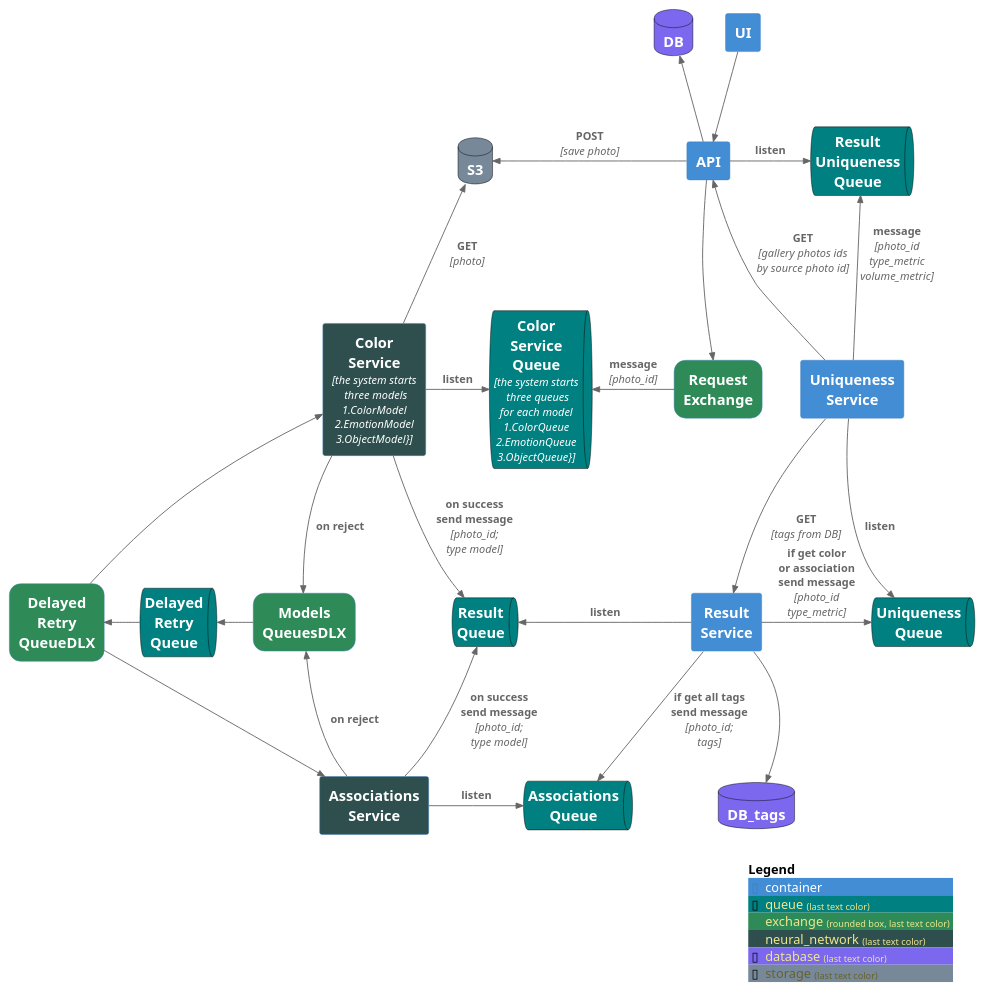
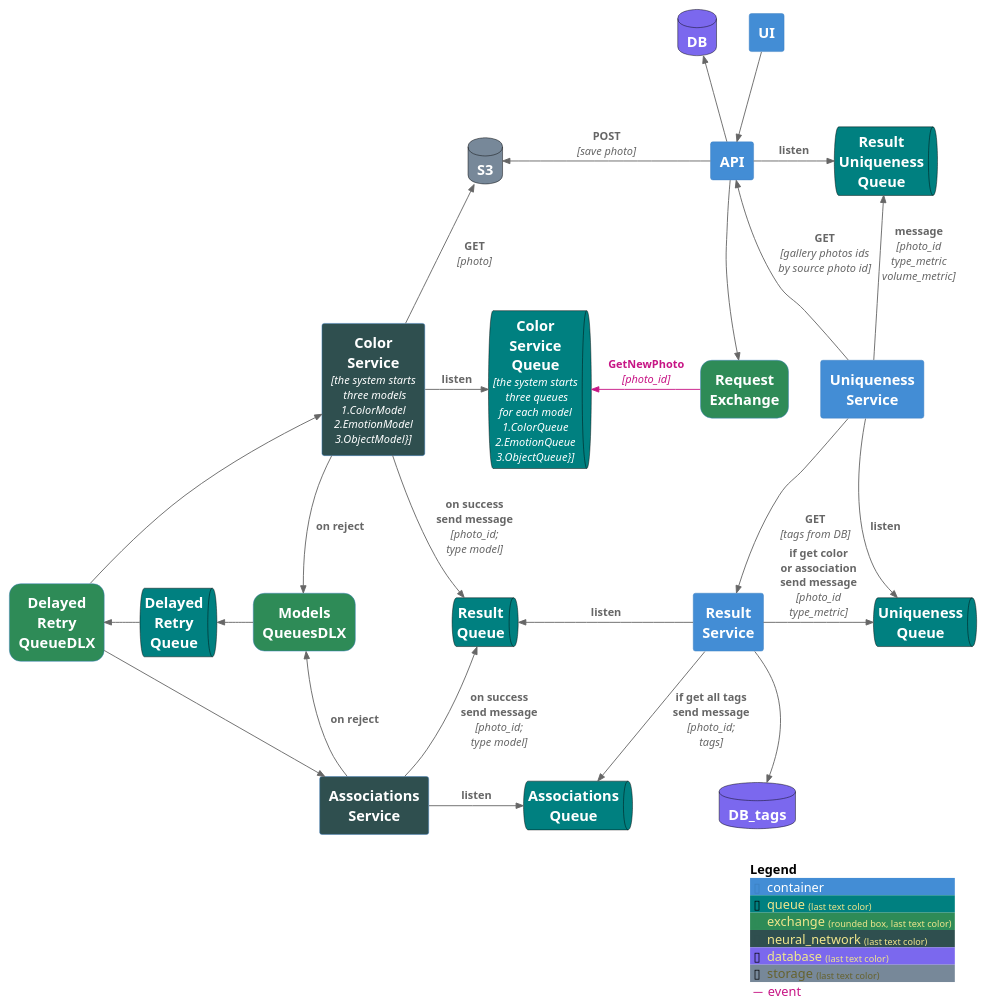
Before and after one commit to TourmalineCore/picachu-documentation: the diagram in system_components_diagram.puml, drawn with PlantUML. The commit also changed 1 other file, not shown here.

Commit message:
feat(doc): #85zrxapwf: add example event on diagram

```diff
--- a/system_components_diagram.puml
+++ b/system_components_diagram.puml
@@ -1,94 +1,95 @@
 @startuml C4_Elements
 !include https://raw.githubusercontent.com/plantuml-stdlib/C4-PlantUML/master/C4_Container.puml
 HIDE_STEREOTYPE()
 
 AddElementTag("queue", $bgColor="Teal",$borderColor="black")
 AddElementTag("exchange", $bgColor="SeaGreen",$shape=RoundedBoxShape())
 AddElementTag("neural_network", $bgColor="DarkSlateGray")
 AddElementTag("database", $bgColor="MediumSlateBlue",$borderColor="black")
 AddElementTag("storage", $bgColor="LightSlateGray",$borderColor="black")
+AddRelTag("event", $textColor="MediumVioletRed", $lineColor="MediumVioletRed")
 
 Container(UI, "UI", "", "")
 Container(API, "API", "", "")
 
 ContainerQueue(ColorServiceQueue, "Color\nService\nQueue", "the system starts\n three queues\nfor each model\n1.ColorQueue\n2.EmotionQueue\n3.ObjectQueue}", "",$tags = "queue")
 
 ContainerDb(S3, "S3", "", "",$tags="storage")
 ContainerDb(DB, "DB", "", "",$tags="database")
 ContainerDb(DB_tags, "DB_tags", "", "", $tags="database")
 ContainerQueue(DelayedRetryQueue, "Delayed\nRetry\nQueue", "", "",  $tags = "queue")
 Container(ColorService, "Color\nService", "the system starts\n three models\n1.ColorModel\n2.EmotionModel\n3.ObjectModel}", "",$tags="neural_network")
 
 Container(RequestExchange, "Request\nExchange", "", "", $tags ="exchange")
 
 Container(ModelsQueuesDLX, "Models\nQueuesDLX", "", "",$tags ="exchange")
 Container(DelayedRetryQueueDLX, "Delayed\nRetry\nQueueDLX", "", "",$tags ="exchange")
 
 Container(ResultService, "Result\nService", "", "")
 ContainerQueue(ResultQueue, "Result\nQueue", "", "",$tags = "queue")
 
 ContainerQueue(AssociationsQueue, "Associations\nQueue", "", "",$tags = "queue")
 Container(AssociationsService, "Associations\nService", "", "",$tags="neural_network")
 
 Container(UniquenessService, "Uniqueness\nService", "", "")
 ContainerQueue(UniquenessQueue, "Uniqueness\nQueue", "", "",$tags = "queue")
 ContainerQueue(ResultUniquenessQueue, "Result\nUniqueness\nQueue", "", "",$tags = "queue")
 
 Rel_D(UI, API, " ", "")
 
 Rel_D(API, RequestExchange, " ", "")
 Rel_L(API, S3, "POST", "save photo")
 Rel_U(API, DB, " ", "")
-Rel_L(RequestExchange, ColorServiceQueue, "message", "photo_id")
+Rel_L(RequestExchange, ColorServiceQueue, "GetNewPhoto", "photo_id",$tags ="event")
 Rel_R(ColorService, ColorServiceQueue, "listen", "")
 Rel_U(ColorService, S3, "GET", "photo")
 
 Rel(ColorService, ResultQueue, "on success\nsend message", "photo_id;\ntype model")
 Lay_U(ResultQueue,ColorServiceQueue)
 
 
 Lay_U(AssociationsQueue,ColorServiceQueue)
 
 Rel_R(AssociationsService, AssociationsQueue, "listen", "")
 
 Lay_U(AssociationsService,ModelsQueuesDLX)
 Lay_U(AssociationsService,ColorService)
 Lay_U(DB_tags,RequestExchange)
 
 
 Rel_D(ColorService, ModelsQueuesDLX, "on reject", "")
 Rel_U(AssociationsService, ModelsQueuesDLX, "on reject", "")
 
 Rel_L(ModelsQueuesDLX, DelayedRetryQueue, " ", "")
 Rel_L(DelayedRetryQueue, DelayedRetryQueueDLX, " ", "")
 
 Rel(DelayedRetryQueueDLX, ColorService, " ", "")
 
 Lay_R(DelayedRetryQueueDLX,DelayedRetryQueue)
 Lay_R(DelayedRetryQueue,ModelsQueuesDLX)
 Lay_U(DelayedRetryQueueDLX,ColorService)
 
 Rel(DelayedRetryQueueDLX, AssociationsService, " ", "")
 Rel_U(AssociationsService, ResultQueue, "on success\nsend message", "photo_id;\ntype model")
 
 Rel_L(ResultService, ResultQueue, "listen", "")
 
 Rel_D(ResultService, AssociationsQueue, "if get all tags\nsend message", "photo_id;\ntags")
 Rel_D(ResultService, DB_tags, " ", "")
 
 Rel_R(ResultService, UniquenessQueue, "if get color\nor association\nsend message ", "photo_id\ntype_metric")
 Rel_D(UniquenessService, UniquenessQueue, "listen", "")
 
 Rel_D(UniquenessService, ResultService, "GET", "tags from DB")
 
 Rel_U(UniquenessService,ResultUniquenessQueue ,  "message", "photo_id\ntype_metric\nvolume_metric")
 
 Lay_U(UniquenessService,UniquenessQueue)
 Lay_R(RequestExchange,UniquenessService)
 
 Rel_R(API, ResultUniquenessQueue,  "listen", "")
 
 Rel_U(UniquenessService,API ,  "GET", "gallery photos ids\nby source photo id")
 
 SHOW_LEGEND(false)
 @enduml
```
